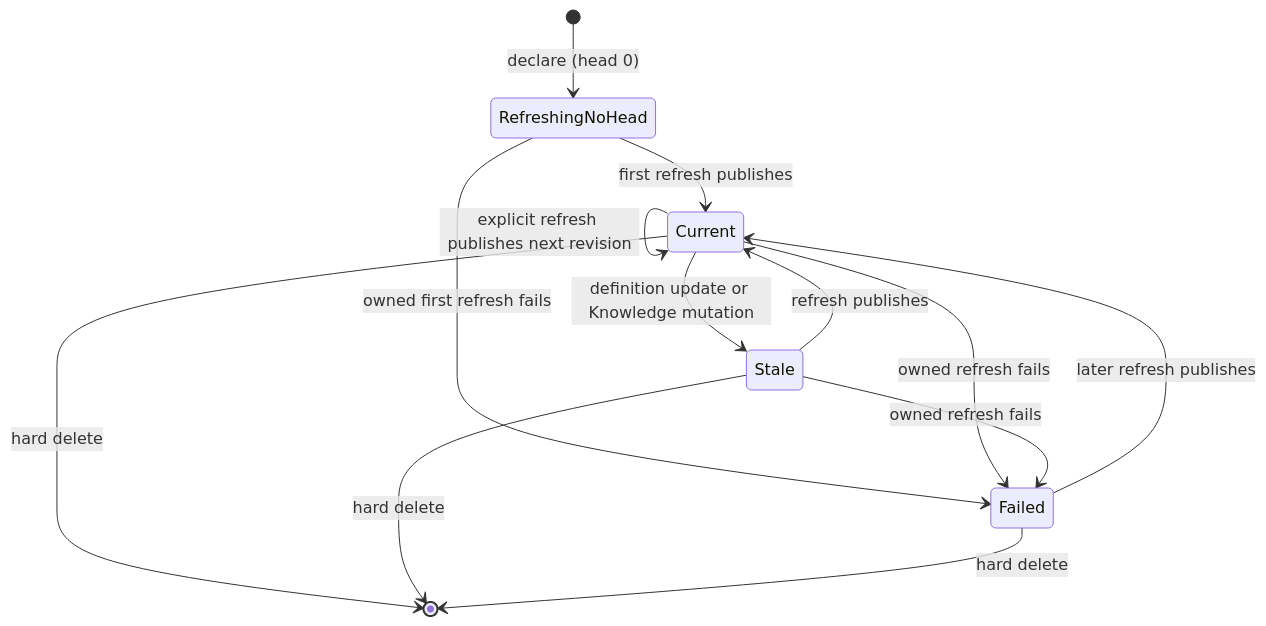
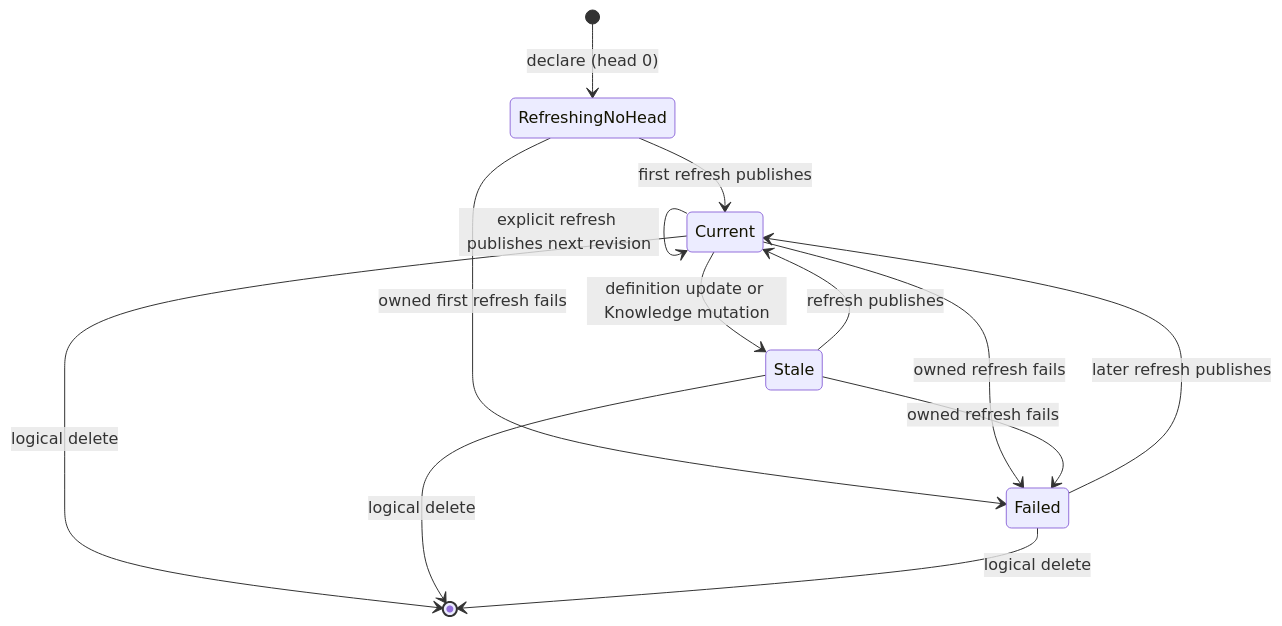
One commit to gccurtis/icarus changed the second of 3 diagrams in apps/backend/src/3-capabilities/derived-outputs/docs/concepts.md. Above: the diagram before and after it, drawn with Mermaid. The commit also changed other lines of this file and 88 other files, not shown here.

````diff
--- a/apps/backend/src/3-capabilities/derived-outputs/docs/concepts.md
+++ b/apps/backend/src/3-capabilities/derived-outputs/docs/concepts.md
@@ -48,15 +51,15 @@
 ```mermaid
 stateDiagram-v2
   [*] --> RefreshingNoHead: declare (head 0)
   RefreshingNoHead --> Current: first refresh publishes
   RefreshingNoHead --> Failed: owned first refresh fails
   Current --> Stale: definition update or Knowledge mutation
   Stale --> Current: refresh publishes
   Current --> Current: explicit refresh publishes next revision
   Current --> Failed: owned refresh fails
   Stale --> Failed: owned refresh fails
   Failed --> Current: later refresh publishes
-  Current --> [*]: hard delete
-  Stale --> [*]: hard delete
-  Failed --> [*]: hard delete
+  Current --> [*]: logical delete
+  Stale --> [*]: logical delete
+  Failed --> [*]: logical delete
 ```
````
